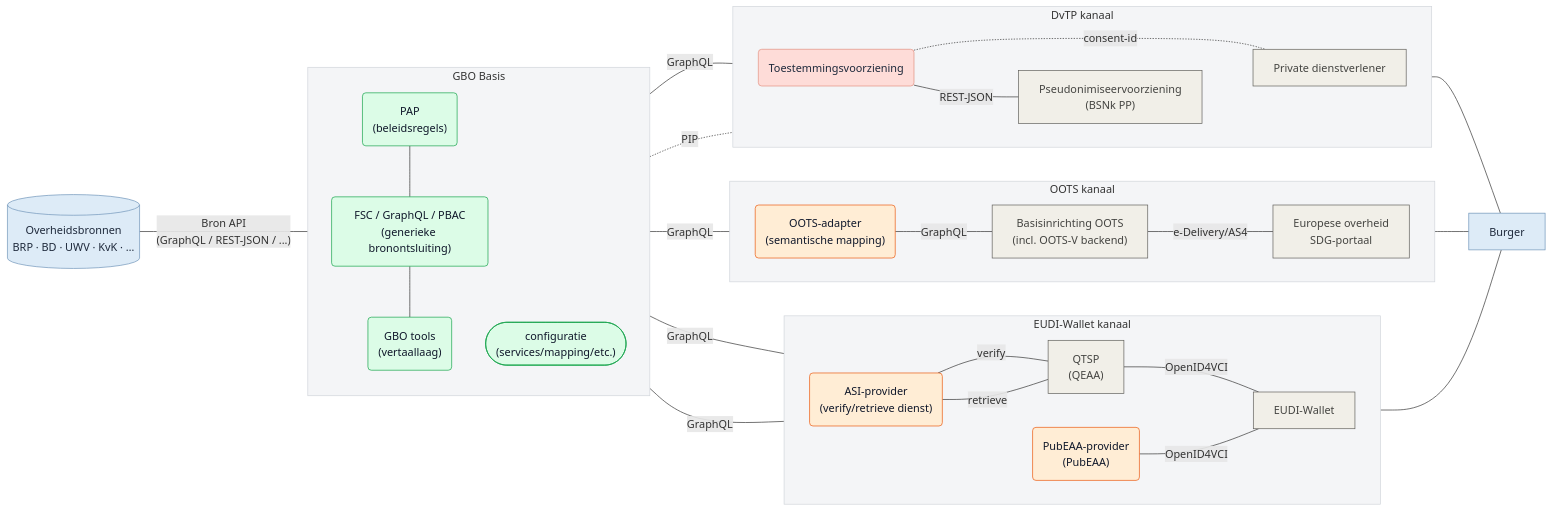
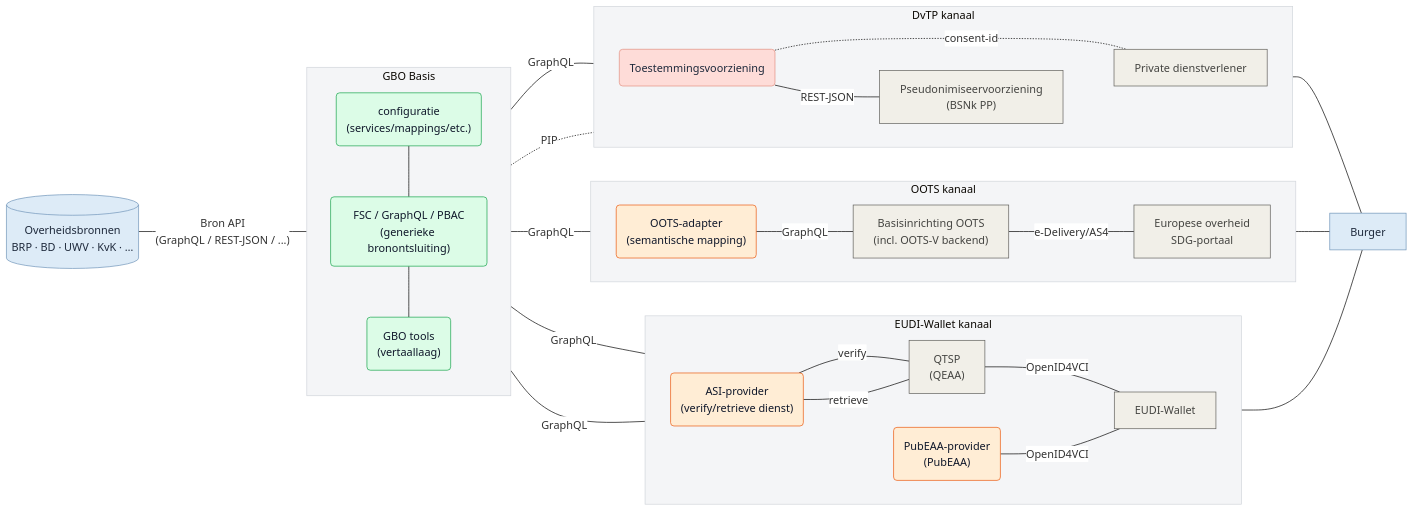
Before and after one commit to ICTU/GBO-GO: the diagram in pr-preview/pr-54/diagrammen/gbo_swimlanes.mmd, drawn with Mermaid. The commit also changed 4 other files, not shown here.

```diff
--- a/pr-preview/pr-54/diagrammen/gbo_swimlanes.mmd
+++ b/pr-preview/pr-54/diagrammen/gbo_swimlanes.mmd
@@ -1,81 +1,90 @@
+%%{
+  init: {
+    'theme': 'base',
+    'themeVariables': {
+      'darkMode': false,
+      'background': '#FFFFFF',
+      'edgeLabelBackground': '#FFFFFF'
+    },
+    'themeCSS': 'svg, .mermaid, #mermaid-svg, .mermaid > svg { background-color: #FFFFFF !important; background: #FFFFFF !important; } @media (prefers-color-scheme: dark) { svg, .mermaid, #mermaid-svg, .mermaid > svg { background-color: #FFFFFF !important; background: #FFFFFF !important; } }'
+  }
+}%%
 flowchart LR
   subgraph gbo["GBO Basis"]
     direction TB
-        fsc_pap("PAP<br/>(beleidsregels)")
+        fsc_config("configuratie<br/>(services/mappings/etc.)")
         fsc("FSC / GraphQL / PBAC<br/>(generieke bronontsluiting)")
         fsc_tools("GBO tools<br/>(vertaallaag)")
-        fsc_config(["configuratie<br/>(services/mapping/etc.)"])
   end
   subgraph eudi["EUDI-Wallet kanaal"]
     direction LR
         eudi_asi("ASI-provider<br/>(verify/retrieve dienst)")
         eudi_pubeaa("PubEAA-provider<br/>(PubEAA)")
         eudi_qeaa["QTSP<br/>(QEAA)"]
         eudi_wallet["EUDI-Wallet"]
   end
   subgraph oots["OOTS kanaal"]
     direction LR
         oots_adapter("OOTS-adapter<br/>(semantische mapping)")
         oots_basis["Basisinrichting OOTS<br/>(incl. OOTS-V backend)"]
         oots_afnemer["Europese overheid<br/>SDG-portaal"]
   end
   subgraph dvtp["DvTP kanaal"]
     direction LR
         dvtp_toestemming("Toestemmingsvoorziening")
         dvtp_pseudoniem["Pseudonimiseervoorziening<br/>(BSNk PP)"]
         dvtp_afnemer["Private dienstverlener"]
   end
 
-  fsc_pap --- fsc
+  fsc_config --- fsc
   fsc --- fsc_tools
   bron[("Overheidsbronnen<br/>BRP · BD · UWV · KvK · …")] -- Bron API<br/>(GraphQL / REST-JSON / ...) --- gbo
   eudi_asi -- verify --- eudi_qeaa
   eudi_asi -- retrieve --- eudi_qeaa
   eudi_qeaa -- OpenID4VCI --- eudi_wallet
   gbo -- GraphQL --- eudi_asi & eudi_pubeaa & oots_adapter & dvtp_afnemer
   eudi_asi ~~~ eudi_pubeaa
   eudi_pubeaa -- OpenID4VCI --- eudi_wallet
   oots_adapter -- GraphQL --- oots_basis
   oots_basis -- e-Delivery/AS4 --- oots_afnemer
   gbo -. PIP .- dvtp_toestemming
   dvtp_toestemming -. consent-id .- dvtp_afnemer
   dvtp_toestemming -- REST-JSON --- dvtp_pseudoniem
   dvtp_pseudoniem ~~~ dvtp_afnemer
   eudi_wallet --- burger["Burger"]
   oots_afnemer --- burger
   dvtp_afnemer --- burger
 
-  fsc_pap:::gbo_d
   fsc:::gbo_d
   fsc_tools:::gbo_d
   fsc_config:::gbo_d
   eudi_asi:::gbo_k
   eudi_pubeaa:::gbo_k
   eudi_qeaa:::eudi
   eudi_wallet:::eudi
   oots_adapter:::gbo_k
   oots_basis:::oots
   oots_afnemer:::oots
   dvtp_toestemming:::gbo_c
   dvtp_pseudoniem:::dvtp
   dvtp_afnemer:::dvtp
   bron:::bron
   burger:::burger
 
-  %% Subgraph Stijlen (vervangt het geel)
+  %% Subgraph Stijlen
   style gbo fill:#F4F5F7,stroke:#D1D5DB,stroke-width:1px
   style eudi fill:#F4F5F7,stroke:#D1D5DB,stroke-width:1px
   style oots fill:#F4F5F7,stroke:#D1D5DB,stroke-width:1px
   style dvtp fill:#F4F5F7,stroke:#D1D5DB,stroke-width:1px
 
-  %% Onderscheidende Elementstijlen (zachte pasteltinten)
+  %% Elementstijlen
   classDef bron fill:#DDEBF7,stroke:#6F94B8,color:#1E293B
   classDef burger fill:#DDEBF7,stroke:#6F94B8,color:#1E293B
 
   classDef eudi fill:#f1efe8,stroke:#5f5e5a,color:#444441
   classDef oots fill:#f1efe8,stroke:#5f5e5a,color:#444441
   classDef dvtp fill:#f1efe8,stroke:#5f5e5a,color:#444441
 
   classDef gbo_c fill:#FEDCD8,stroke:#E28F80,color:#1E293B
   classDef gbo_d fill:#DCFCE7,stroke:#16A34A,color:#0F172A
   classDef gbo_k fill:#FFEDD5,stroke:#EA580C,color:#0F172A
```
